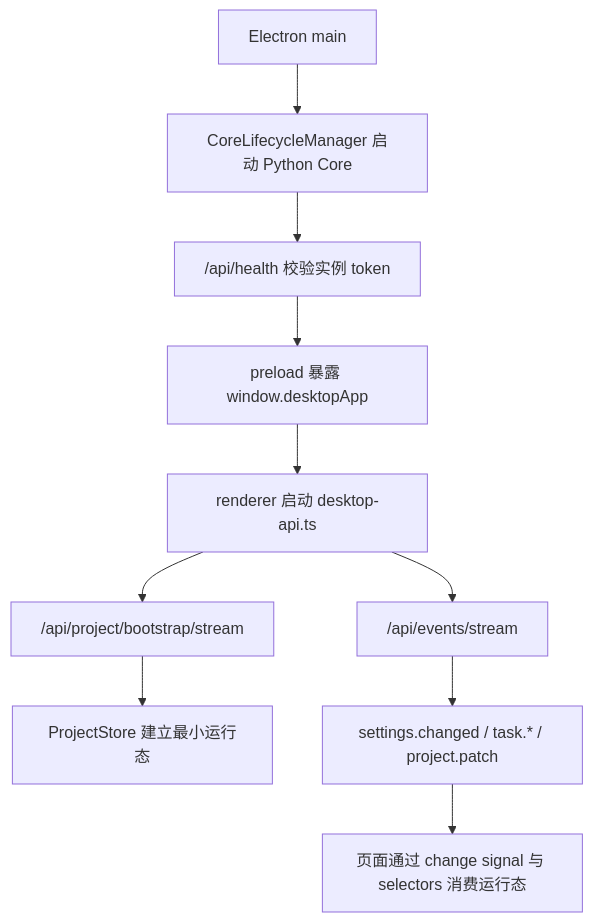
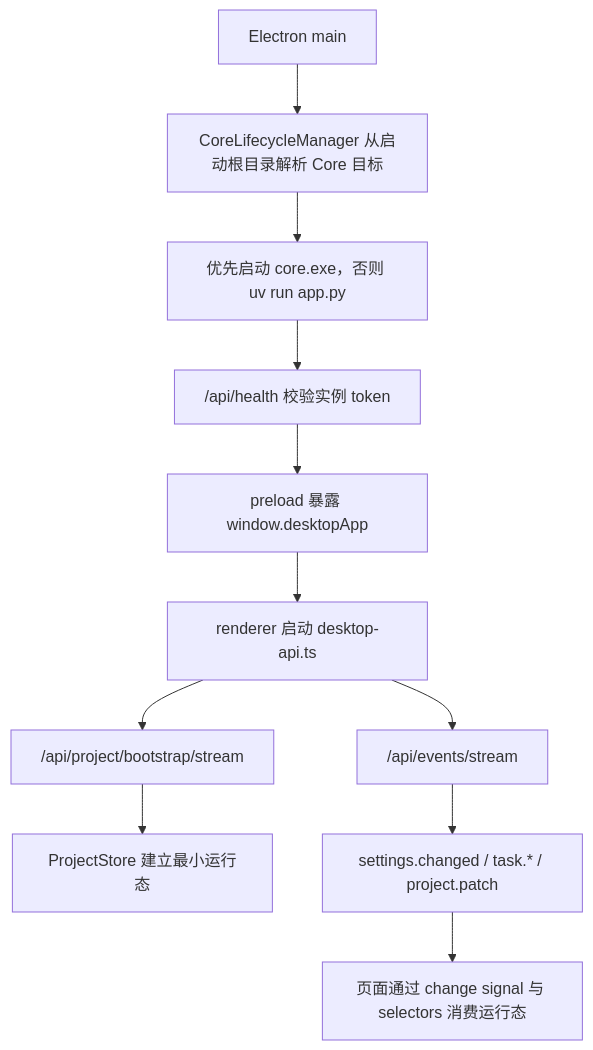
One commit to neavo/LinguaGacha changed the second of 3 diagrams in docs/ARCHITECTURE.md. Above: the diagram before and after it, drawn with Mermaid. The commit also changed other lines of this file and 14 other files, not shown here.

````diff
--- a/docs/ARCHITECTURE.md
+++ b/docs/ARCHITECTURE.md
@@ -49,12 +49,13 @@
 ```mermaid
 flowchart TD
-    A["Electron main"] --> B["CoreLifecycleManager 启动 Python Core"]
-    B --> C["/api/health 校验实例 token"]
-    C --> D["preload 暴露 window.desktopApp"]
-    D --> E["renderer 启动 desktop-api.ts"]
-    E --> F["/api/project/bootstrap/stream"]
-    F --> G["ProjectStore 建立最小运行态"]
-    E --> H["/api/events/stream"]
-    H --> I["settings.changed / task.* / project.patch"]
-    I --> J["页面通过 change signal 与 selectors 消费运行态"]
+    A["Electron main"] --> B["CoreLifecycleManager 从启动根目录解析 Core 目标"]
+    B --> C["优先启动 core.exe，否则 uv run app.py"]
+    C --> D["/api/health 校验实例 token"]
+    D --> E["preload 暴露 window.desktopApp"]
+    E --> F["renderer 启动 desktop-api.ts"]
+    F --> G["/api/project/bootstrap/stream"]
+    G --> H["ProjectStore 建立最小运行态"]
+    F --> I["/api/events/stream"]
+    I --> J["settings.changed / task.* / project.patch"]
+    J --> K["页面通过 change signal 与 selectors 消费运行态"]
 ```
````
